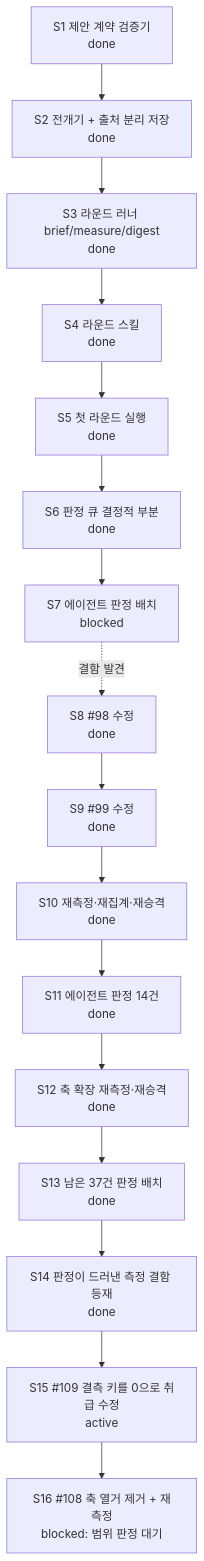
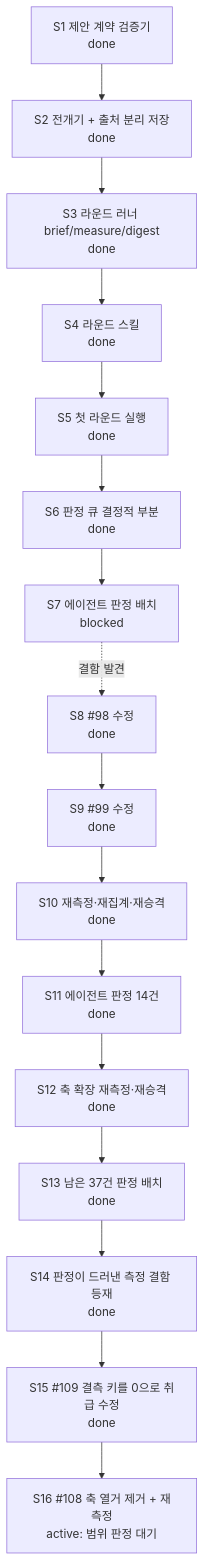
Before and after one commit to skerfolg/poe2-ai-wiki: the diagram in docs/CURRENT-PLAN.md, drawn with Mermaid. The commit also changed other lines of this file and 4 other files, not shown here.

````diff
--- a/docs/CURRENT-PLAN.md
+++ b/docs/CURRENT-PLAN.md
@@ -23,22 +23,22 @@
 ```mermaid
 flowchart TD
   CONTRACT[S1 제안 계약 검증기<br/>done]
   FLOW[S2 전개기 + 출처 분리 저장<br/>done]
   ROUND[S3 라운드 러너 brief/measure/digest<br/>done]
   SKILL[S4 라운드 스킬<br/>done]
   FIRST[S5 첫 라운드 실행<br/>done]
   NECESS[S6 판정 큐 결정적 부분<br/>done]
   JUDGE[S7 에이전트 판정 배치<br/>blocked]
   FIX[S8 #98 수정<br/>done]
   REMEAS[S9 #99 수정<br/>done]
   REAGG[S10 재측정·재집계·재승격<br/>done]
   RESUME[S11 에이전트 판정 14건<br/>done]
   AXES[S12 축 확장 재측정·재승격<br/>done]
   NEXT2[S13 남은 37건 판정 배치<br/>done]
   DEF[S14 판정이 드러낸 측정 결함 등재<br/>done]
-  FIXDELTA[S15 #109 결측 키를 0으로 취급 수정<br/>active]
-  WIDEN[S16 #108 축 열거 제거 + 재측정<br/>blocked: 범위 판정 대기]
+  FIXDELTA[S15 #109 결측 키를 0으로 취급 수정<br/>done]
+  WIDEN[S16 #108 축 열거 제거 + 재측정<br/>active: 범위 판정 대기]
   CONTRACT --> FLOW --> ROUND --> SKILL --> FIRST --> NECESS --> JUDGE
   JUDGE -. 결함 발견 .-> FIX --> REMEAS --> REAGG --> RESUME --> AXES --> NEXT2
   NEXT2 --> DEF --> FIXDELTA --> WIDEN
 ```
````
